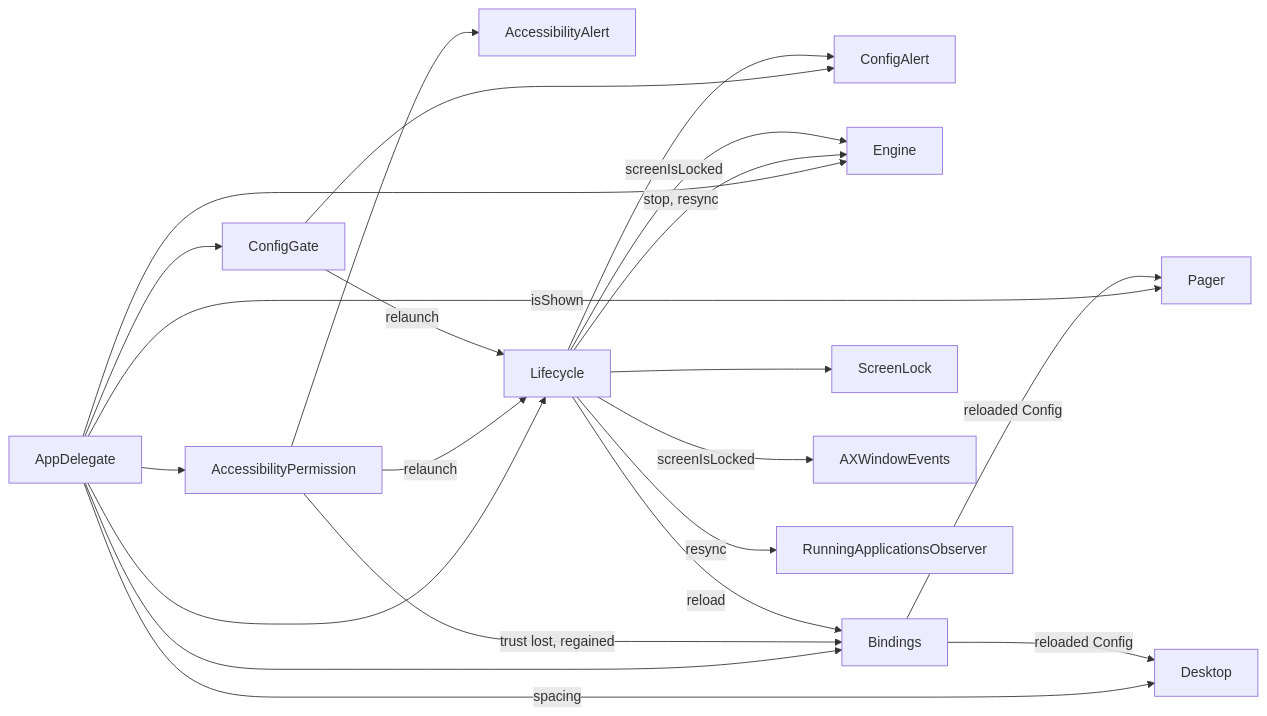
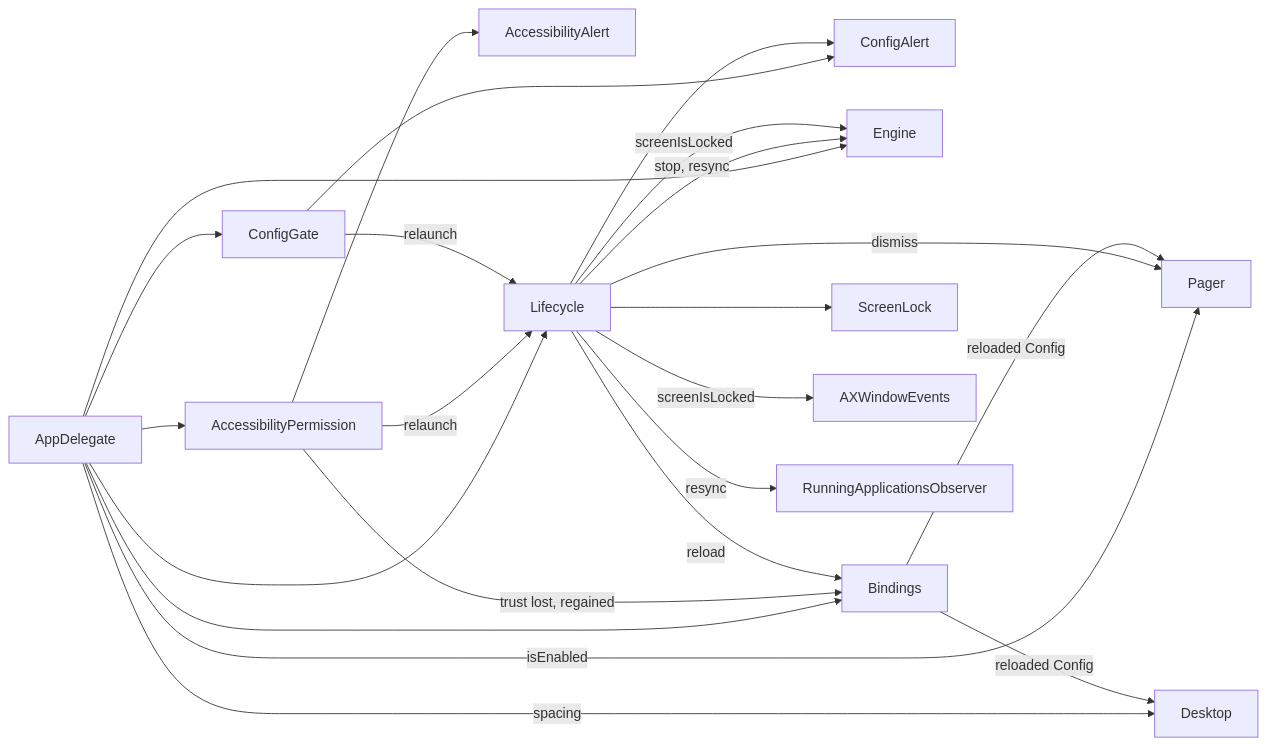
The sixth of 20 diagrams in ARCHITECTURE.md (brennovich/ottowm), drawn with Mermaid before and after one commit. The commit also changed other lines of this file and 30 other files, not shown here.

````diff
--- a/ARCHITECTURE.md
+++ b/ARCHITECTURE.md
@@ -199,24 +200,25 @@
 ```mermaid
 flowchart LR
     AppDelegate --> ConfigGate
     ConfigGate --> ConfigAlert
     AppDelegate --> AccessibilityPermission
     AccessibilityPermission --> AccessibilityAlert
     AppDelegate --> Engine
     AppDelegate --> Bindings
     AccessibilityPermission -->|trust lost, regained| Bindings
     AppDelegate --> Lifecycle
     Lifecycle --> ScreenLock
     Lifecycle -->|stop, resync| Engine
     Lifecycle -->|screenIsLocked| Engine
     Lifecycle -->|screenIsLocked| AXWindowEvents
     Lifecycle -->|resync| RunningApplicationsObserver
     AccessibilityPermission -->|relaunch| Lifecycle
     ConfigGate -->|relaunch| Lifecycle
     Lifecycle -->|reload| Bindings
     Lifecycle --> ConfigAlert
-    AppDelegate -->|isShown| Pager
+    AppDelegate -->|isEnabled| Pager
+    Lifecycle -->|dismiss| Pager
     Bindings -->|reloaded Config| Pager
     AppDelegate -->|spacing| Desktop
     Bindings -->|reloaded Config| Desktop
 ```
````
